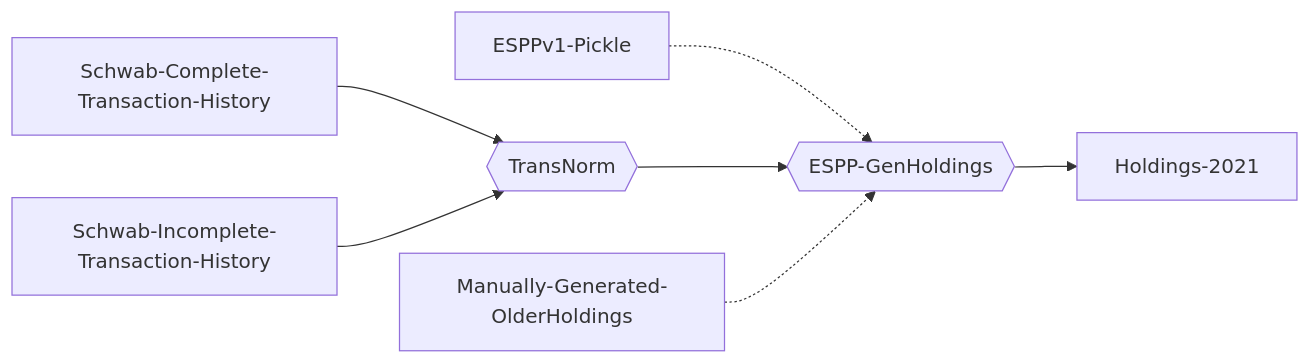
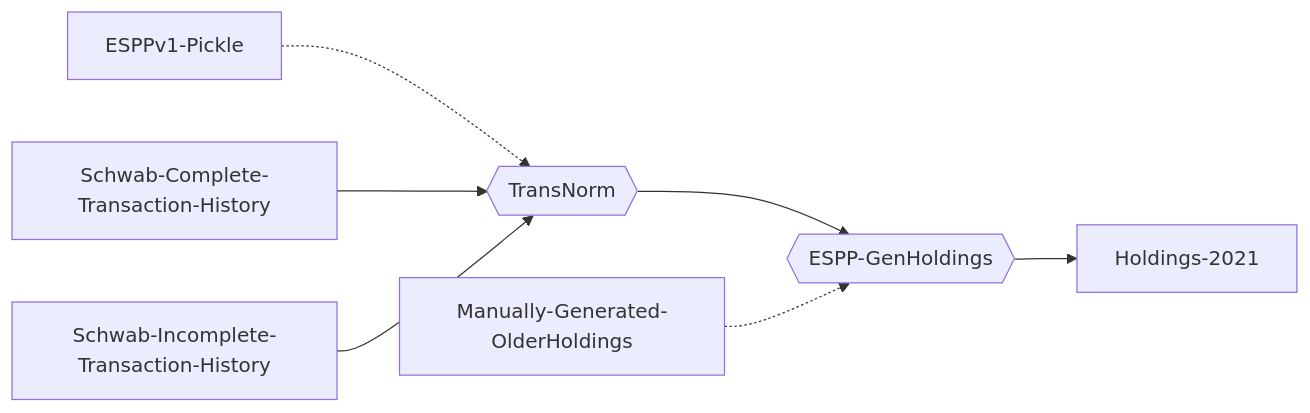
Before and after one commit to otroan/ESPP2: the second of 2 diagrams in README.md, drawn with Mermaid.

Commit message:
Updated diagram

````diff
--- a/README.md
+++ b/README.md
@@ -20,8 +20,8 @@
 ```mermaid
 graph LR;
-    ESPPv1-Pickle-.->ESPP-GenHoldings{{ESPP-GenHoldings}};
-    Schwab-Complete-Transaction-History-->TransNorm{{TransNorm}}-->ESPP-GenHoldings;
-    ESPP-GenHoldings-->Holdings-2021;
+    ESPPv1-Pickle-.->TransNorm
+    Schwab-Complete-Transaction-History-->TransNorm{{TransNorm}}-->ESPP-GenHoldings{{ESPP-GenHoldings}}
+    ESPP-GenHoldings-->Holdings-2021
     Schwab-Incomplete-Transaction-History-->TransNorm
-    Manually-Generated-OlderHoldings-.->ESPP-GenHoldings;
+    Manually-Generated-OlderHoldings-.->ESPP-GenHoldings
 ```
````
